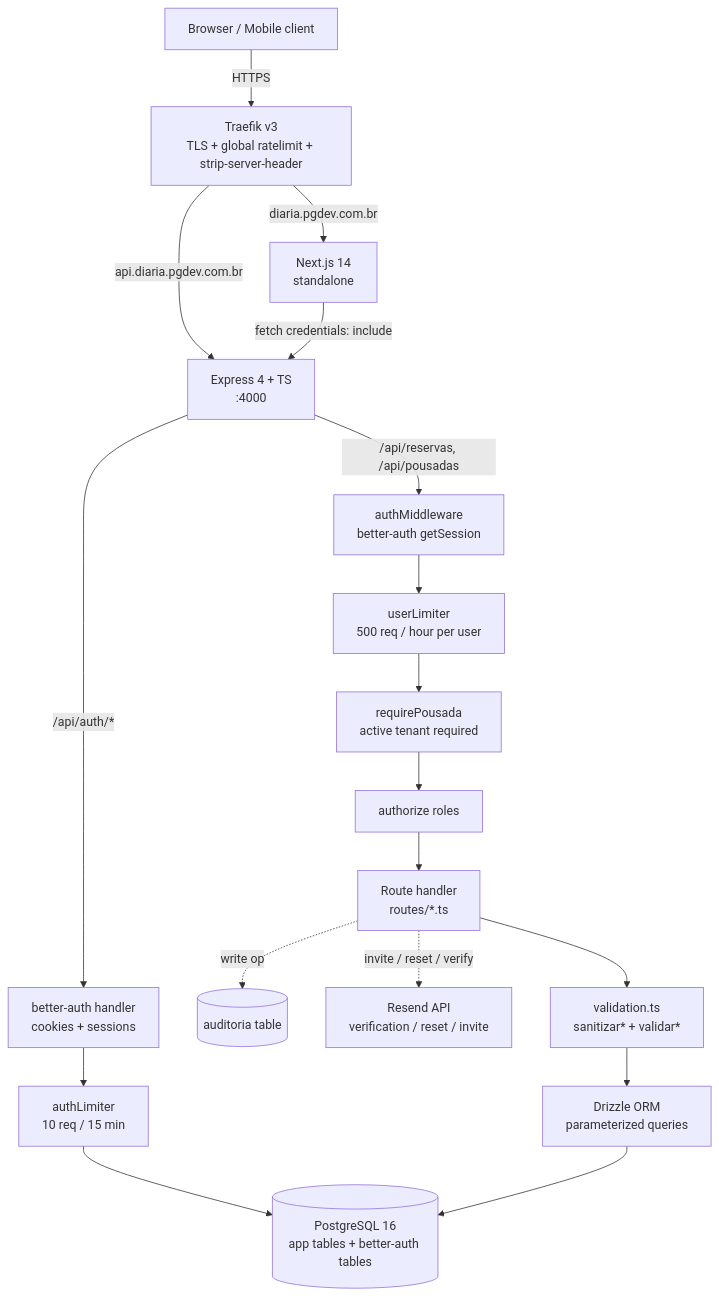
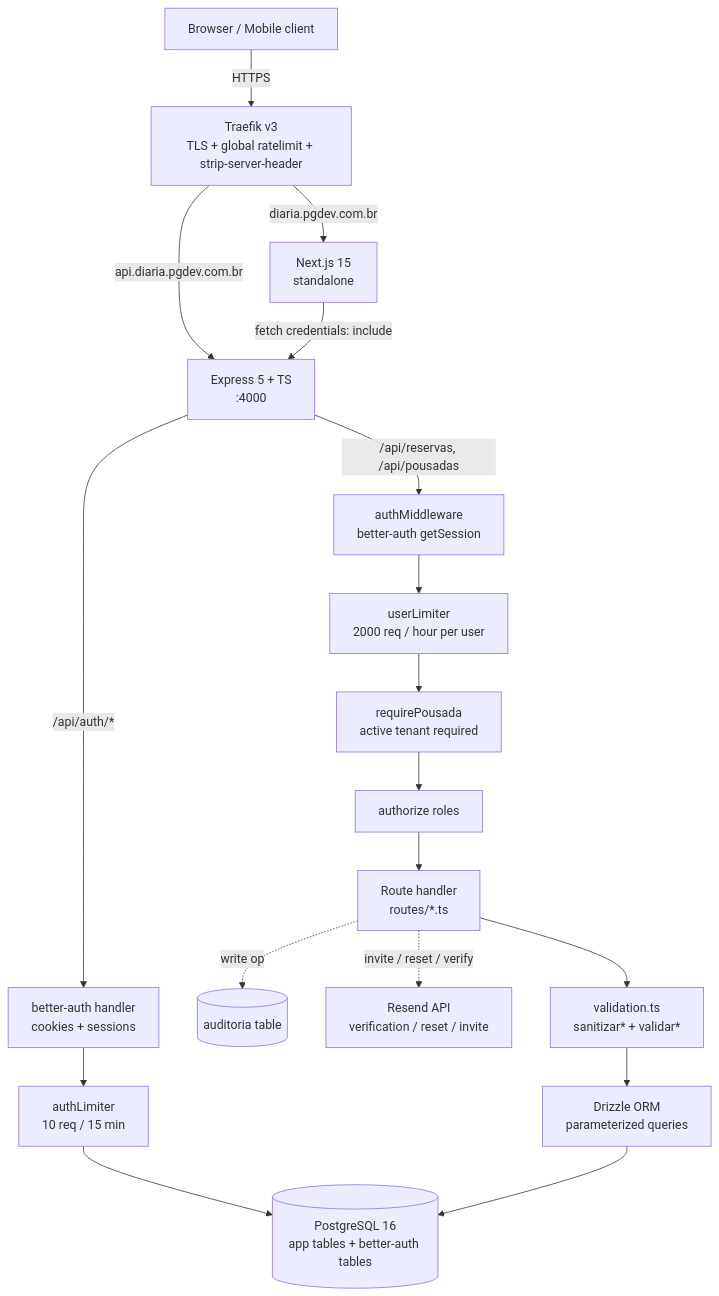
One commit to DevPedroGomes/Reservas_Pousada changed the first of 3 diagrams in README.md. Above: the diagram before and after it, drawn with Mermaid. The commit also changed other lines of this file and 1 other file, not shown here.

````diff
--- a/README.md
+++ b/README.md
@@ -41,38 +41,38 @@
 ```mermaid
 flowchart TD
     Client[Browser / Mobile client]
     Traefik[Traefik v3<br/>TLS + global ratelimit + strip-server-header]
-    Frontend[Next.js 14<br/>standalone]
-    Backend[Express 4 + TS<br/>:4000]
+    Frontend[Next.js 15<br/>standalone]
+    Backend[Express 5 + TS<br/>:4000]
     AuthMW[authMiddleware<br/>better-auth getSession]
     AuthLimit[authLimiter<br/>10 req / 15 min]
-    UserLimit[userLimiter<br/>500 req / hour per user]
+    UserLimit[userLimiter<br/>2000 req / hour per user]
     ReqPousada[requirePousada<br/>active tenant required]
     Authorize[authorize roles]
     Routes[Route handler<br/>routes/*.ts]
     Sanitize[validation.ts<br/>sanitizar* + validar*]
     Drizzle[Drizzle ORM<br/>parameterized queries]
     PG[(PostgreSQL 16<br/>app tables + better-auth tables)]
     Audit[(auditoria table)]
     Resend[Resend API<br/>verification / reset / invite]
 
     Client -->|HTTPS| Traefik
     Traefik -->|diaria.pgdev.com.br| Frontend
     Traefik -->|api.diaria.pgdev.com.br| Backend
     Frontend -->|fetch credentials: include| Backend
 
     Backend -->|/api/auth/*| BetterAuth[better-auth handler<br/>cookies + sessions]
     BetterAuth --> AuthLimit
     AuthLimit --> PG
 
     Backend -->|/api/reservas, /api/pousadas| AuthMW
     AuthMW --> UserLimit
     UserLimit --> ReqPousada
     ReqPousada --> Authorize
     Authorize --> Routes
     Routes --> Sanitize
     Sanitize --> Drizzle
     Drizzle --> PG
     Routes -.write op.-> Audit
     Routes -.invite / reset / verify.-> Resend
 ```
````
